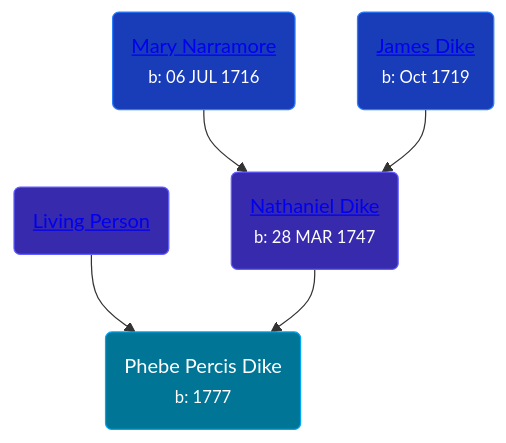
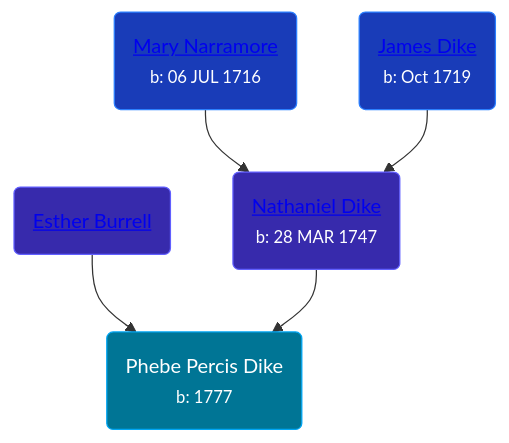
Before and after one commit to wpmgotkh/wpmgotkh.github.io: the diagram in pages/people/4/41577072.md, drawn with Mermaid. The commit also changed other lines of this file and 586 other files, not shown here.

Commit message:
feat: better shouldConsiderPersonLiving algo

````diff
--- a/pages/people/4/41577072.md
+++ b/pages/people/4/41577072.md
@@ -11,11 +11,11 @@
 ```mermaid
 graph
 classDef grands fill:#193cb8,stroke:#2b7fff,stroke-width:1px,color:#fff;
 classDef parents fill:#372aac,stroke:#615fff,stroke-width:1px,color:#fff;
 classDef primary fill:#007595,stroke:#00a6f4,stroke-width:1px,color:#fff;
 41577072(Phebe Percis Dike<br /><small>b: 1777</small>):::primary
-66432130(<a class="text-white" href="/people/6/66432130">Living Person</a>):::parents-->41577072
+66432130(<a class="text-white" href="/people/6/66432130">Esther Burrell</a>):::parents-->41577072
 36914917(<a class="text-white" href="/people/3/36914917">Nathaniel Dike</a><br /><small>b: 28 MAR 1747</small>):::parents-->41577072
 34713515(<a class="text-white" href="/people/3/34713515">Mary Narramore</a><br /><small>b: 06 JUL 1716</small>):::grands-->36914917
 20400692(<a class="text-white" href="/people/2/20400692">James Dike</a><br /><small>b: Oct 1719</small>):::grands-->36914917
 ```
````
